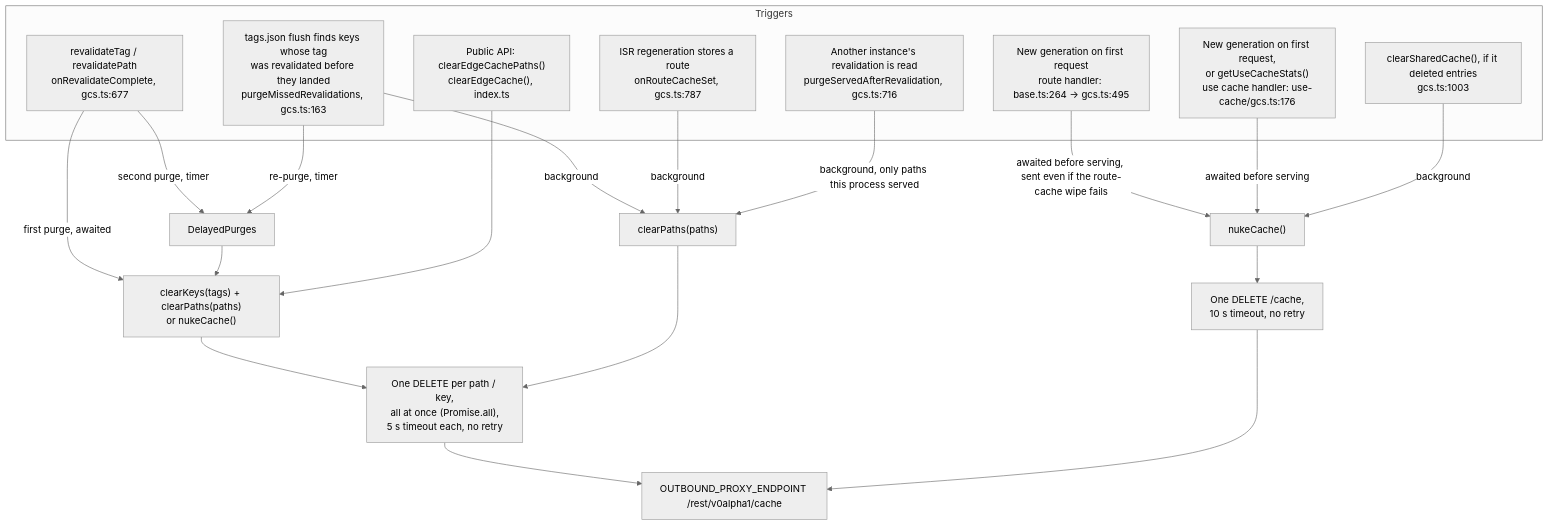
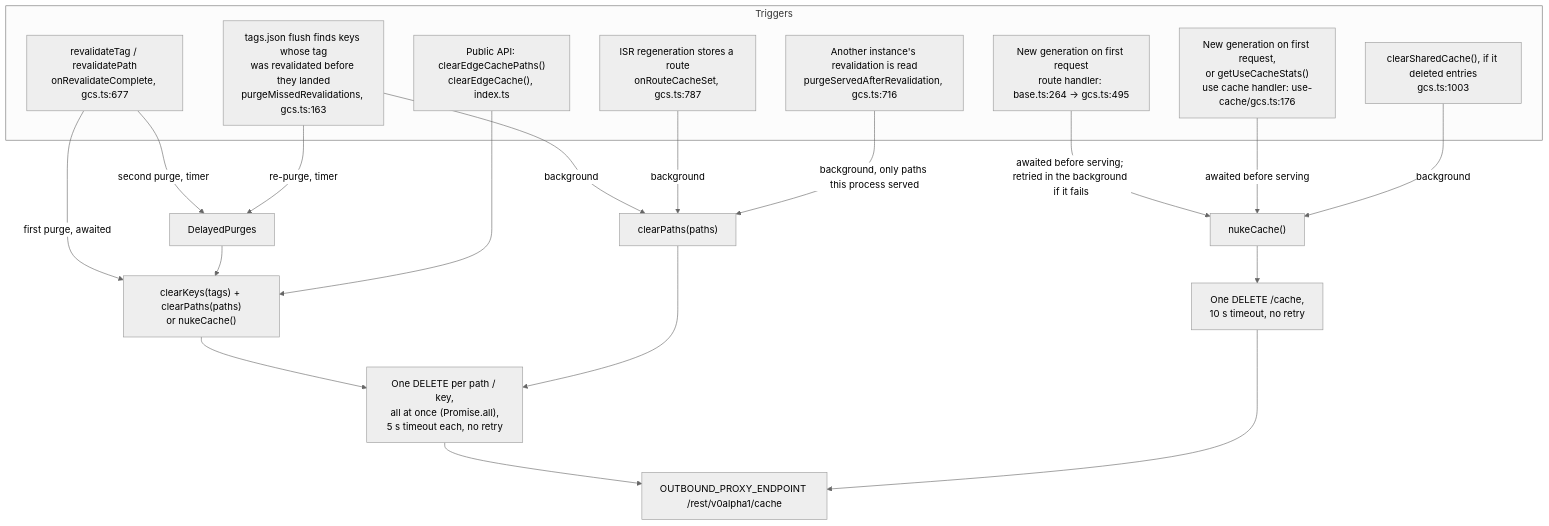
Before and after one commit to pantheon-systems/nextjs-cache-handler: the fourth of 5 diagrams in ARCHITECTURE.md, drawn with Mermaid (neutral theme). The commit also changed other lines of this file and 13 other files, not shown here.

Commit message:
fix(SITE-6368): move route cache clean-up off the request path

````diff
--- a/ARCHITECTURE.md
+++ b/ARCHITECTURE.md
@@ -212,31 +212,31 @@
 ```mermaid
 flowchart TB
   subgraph triggers["Triggers"]
     t1["revalidateTag / revalidatePath<br/>onRevalidateComplete, gcs.ts:677"]
     t2["ISR regeneration stores a route<br/>onRouteCacheSet, gcs.ts:787"]
     t3["tags.json flush finds keys whose tag<br/>was revalidated before they landed<br/>purgeMissedRevalidations, gcs.ts:163"]
     t4["New generation on first request<br/>route handler: base.ts:264 → gcs.ts:495"]
     t5["New generation on first request,<br/>or getUseCacheStats()<br/>use cache handler: use-cache/gcs.ts:176"]
     t6["clearSharedCache(), if it deleted entries<br/>gcs.ts:1003"]
     t8["Another instance's revalidation is read<br/>purgeServedAfterRevalidation, gcs.ts:716"]
     t7["Public API: clearEdgeCachePaths()<br/>clearEdgeCache(), index.ts"]
   end
 
   t1 -- "first purge, awaited" --> keysPaths["clearKeys(tags) + clearPaths(paths)<br/>or nukeCache()"]
   t1 -- "second purge, timer" --> dp[DelayedPurges]
   t3 -- "background" --> paths1["clearPaths(paths)"]
   t3 -- "re-purge, timer" --> dp
   dp --> keysPaths
   t2 -- "background" --> paths1
-  t4 -- "awaited before serving, sent even if the route-cache wipe fails" --> nuke["nukeCache()"]
+  t4 -- "awaited before serving; retried in the background if it fails" --> nuke["nukeCache()"]
   t5 -- "awaited before serving" --> nuke
   t6 -- "background" --> nuke
   t7 --> keysPaths
   t8 -- "background, only paths this process served" --> paths1
 
   keysPaths --> fan["One DELETE per path / key,<br/>all at once (Promise.all),<br/>5 s timeout each, no retry"]
   paths1 --> fan
   nuke --> one["One DELETE /cache,<br/>10 s timeout, no retry"]
   fan --> proxy[OUTBOUND_PROXY_ENDPOINT /rest/v0alpha1/cache]
   one --> proxy
 ```
````
